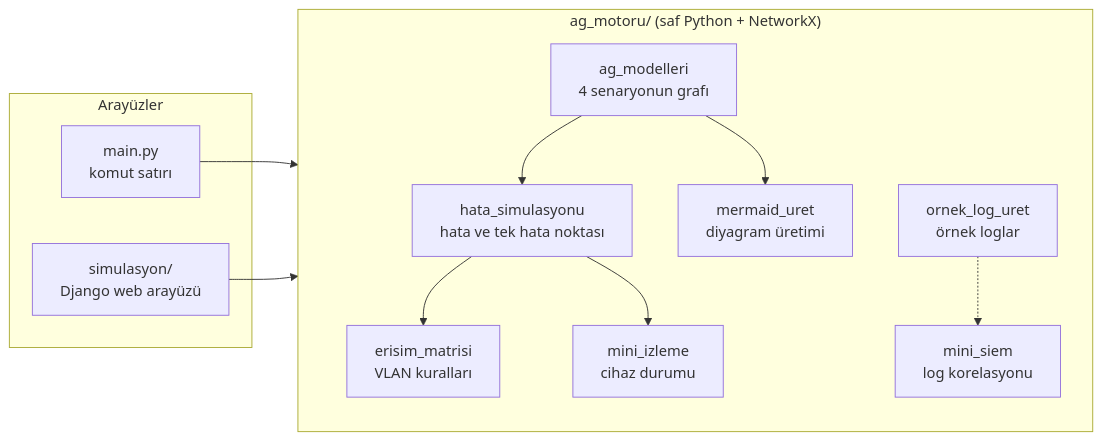
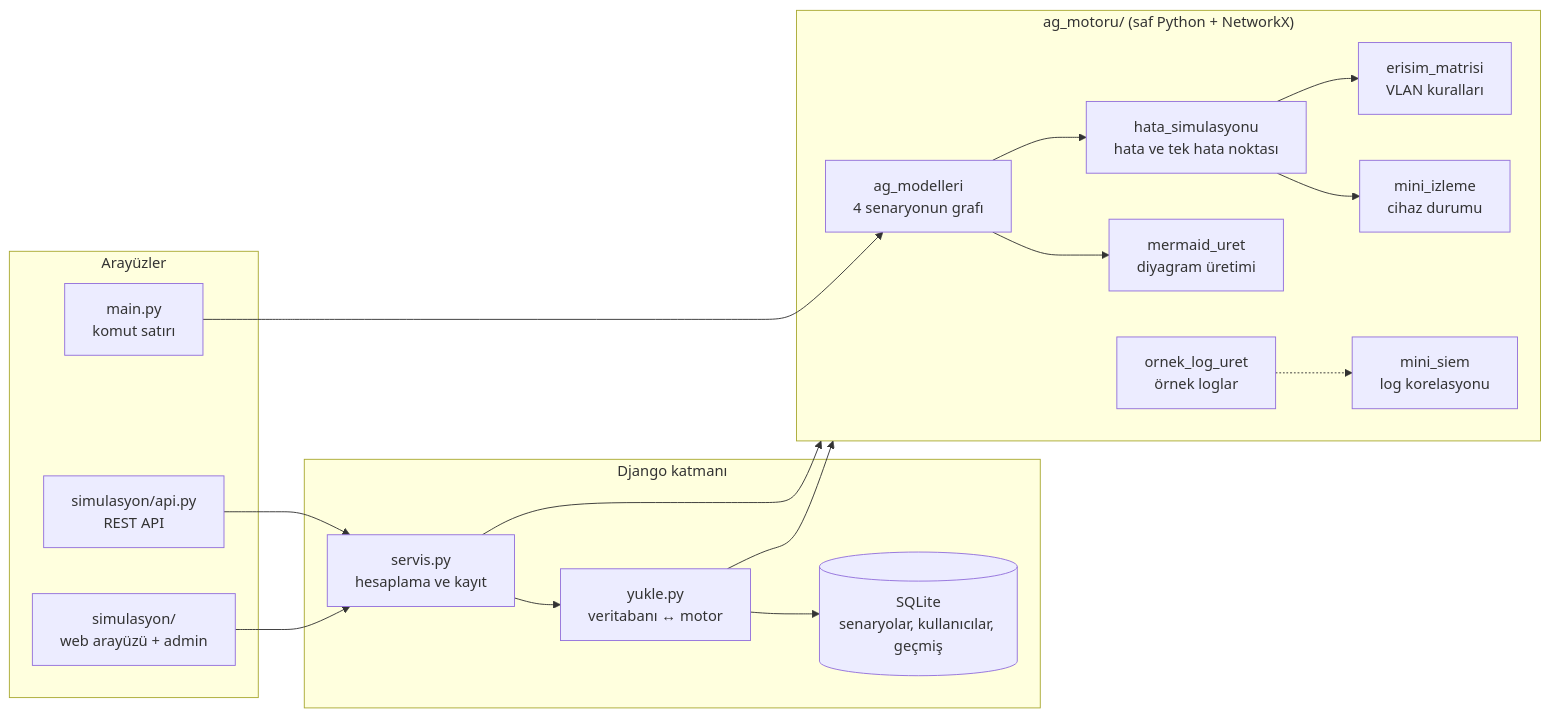
Before and after one commit to ikrabaser/network-topology-simulation: the first of 5 diagrams in README.md, drawn with Mermaid. The commit also changed other lines of this file and 7 other files, not shown here.

Commit message:
docs: document database, admin, accounts and REST API

````diff
--- a/README.md
+++ b/README.md
@@ -19,23 +22,34 @@
 ```mermaid
 flowchart LR
     subgraph arayuz["Arayüzler"]
         cli["main.py<br/>komut satırı"]
-        web["simulasyon/<br/>Django web arayüzü"]
+        web["simulasyon/<br/>web arayüzü + admin"]
+        api["simulasyon/api.py<br/>REST API"]
+    end
+    subgraph katman["Django katmanı"]
+        servis["servis.py<br/>hesaplama ve kayıt"]
+        yukle["yukle.py<br/>veritabanı ↔ motor"]
+        db[("SQLite<br/>senaryolar, kullanıcılar, geçmiş")]
     end
     subgraph motor["ag_motoru/ (saf Python + NetworkX)"]
         modeller["ag_modelleri<br/>4 senaryonun grafı"]
         hata["hata_simulasyonu<br/>hata ve tek hata noktası"]
         erisim["erisim_matrisi<br/>VLAN kuralları"]
         izleme["mini_izleme<br/>cihaz durumu"]
         diyagram["mermaid_uret<br/>diyagram üretimi"]
         siem["mini_siem<br/>log korelasyonu"]
         loglar["ornek_log_uret<br/>örnek loglar"]
     end
     modeller --> hata
     hata --> erisim
     hata --> izleme
     modeller --> diyagram
     loglar -.-> siem
-    cli --> motor
-    web --> motor
+    cli --> modeller
+    web --> servis
+    api --> servis
+    servis --> yukle
+    yukle --> db
+    yukle --> motor
+    servis --> motor
 ```
````
